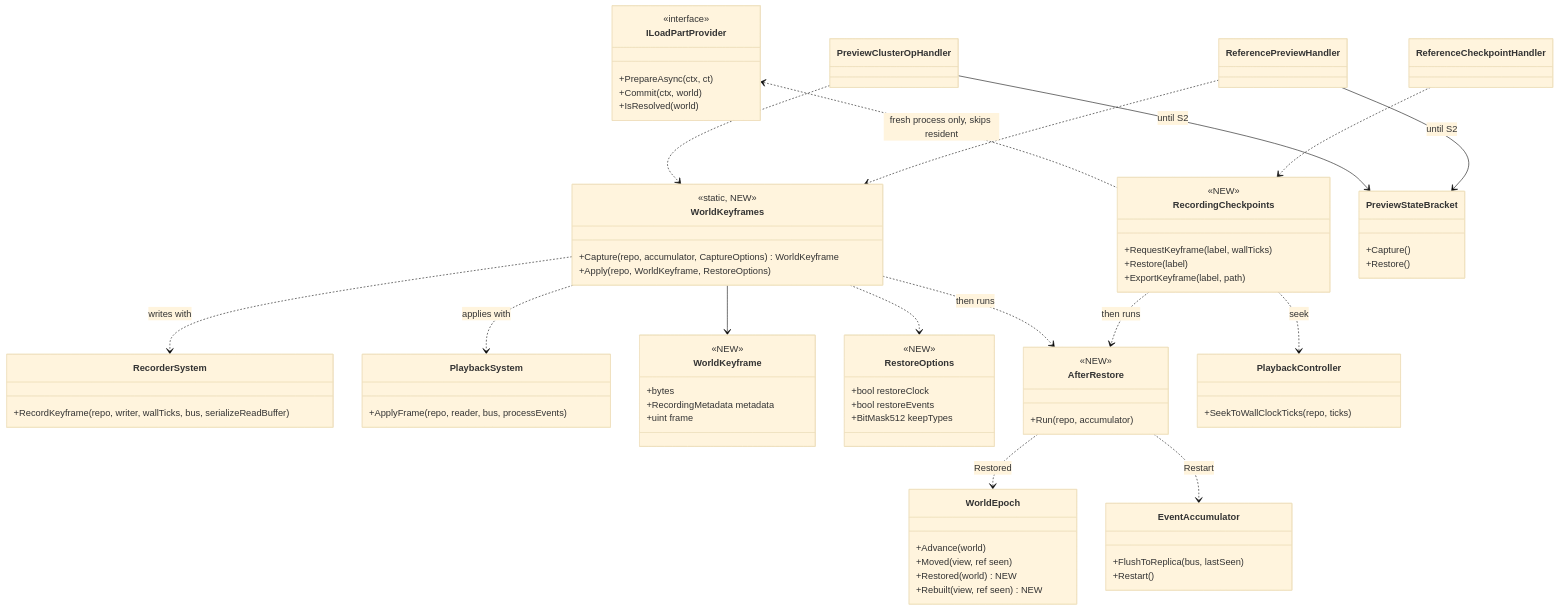
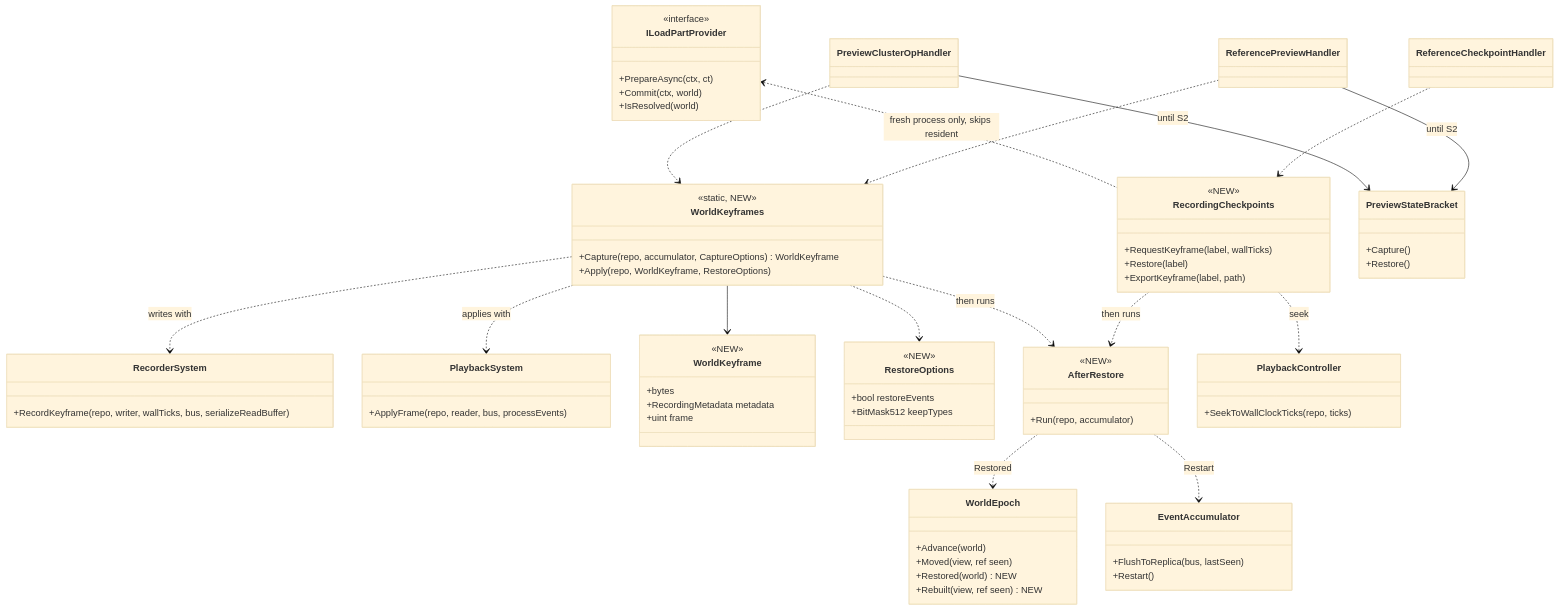
The second of 3 diagrams in docs/DESIGN_Checkpoint_And_Dry_Run_Restore.md (pjanec/HROT), drawn with Mermaid (base theme) before and after one commit. The commit also changed other lines of this file and 3 other files, not shown here.

````diff
--- a/docs/DESIGN_Checkpoint_And_Dry_Run_Restore.md
+++ b/docs/DESIGN_Checkpoint_And_Dry_Run_Restore.md
@@ -120,77 +123,76 @@
 ```mermaid
 classDiagram
   class RecorderSystem {
     +RecordKeyframe(repo, writer, wallTicks, bus, serializeReadBuffer)
   }
   class PlaybackSystem {
     +ApplyFrame(repo, reader, bus, processEvents)
   }
   class EventAccumulator {
     +FlushToReplica(bus, lastSeen)
     +Restart()
   }
   class WorldKeyframes {
     <<static, NEW>>
     +Capture(repo, accumulator, CaptureOptions) WorldKeyframe
     +Apply(repo, WorldKeyframe, RestoreOptions)
   }
   class WorldKeyframe {
     <<NEW>>
     +bytes
     +RecordingMetadata metadata
     +uint frame
   }
   class RestoreOptions {
     <<NEW>>
-    +bool restoreClock
     +bool restoreEvents
     +BitMask512 keepTypes
   }
   class AfterRestore {
     <<NEW>>
     +Run(repo, accumulator)
   }
   class RecordingCheckpoints {
     <<NEW>>
     +RequestKeyframe(label, wallTicks)
     +Restore(label)
     +ExportKeyframe(label, path)
   }
   class PlaybackController {
     +SeekToWallClockTicks(repo, ticks)
   }
   class ILoadPartProvider {
     <<interface>>
     +PrepareAsync(ctx, ct)
     +Commit(ctx, world)
     +IsResolved(world)
   }
   class PreviewClusterOpHandler
   class ReferencePreviewHandler
   class ReferenceCheckpointHandler
   class PreviewStateBracket {
     +Capture()
     +Restore()
   }
   class WorldEpoch {
     +Advance(world)
     +Moved(view, ref seen)
     +Restored(world) NEW
     +Rebuilt(view, ref seen) NEW
   }
   WorldKeyframes ..> RecorderSystem : writes with
   WorldKeyframes ..> PlaybackSystem : applies with
   WorldKeyframes ..> AfterRestore : then runs
   WorldKeyframes --> WorldKeyframe
   WorldKeyframes ..> RestoreOptions
   AfterRestore ..> WorldEpoch : Restored
   AfterRestore ..> EventAccumulator : Restart
   RecordingCheckpoints ..> PlaybackController : seek
   RecordingCheckpoints ..> AfterRestore : then runs
   ILoadPartProvider <.. RecordingCheckpoints : fresh process only, skips resident
   PreviewClusterOpHandler ..> WorldKeyframes
   ReferencePreviewHandler ..> WorldKeyframes
   ReferenceCheckpointHandler ..> RecordingCheckpoints
   PreviewClusterOpHandler --> PreviewStateBracket : until S2
   ReferencePreviewHandler --> PreviewStateBracket : until S2
 ```
````
